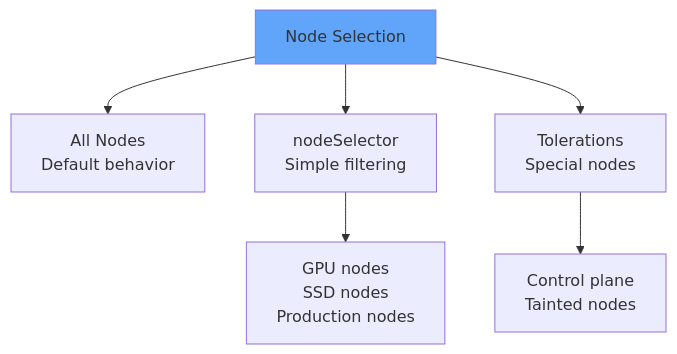
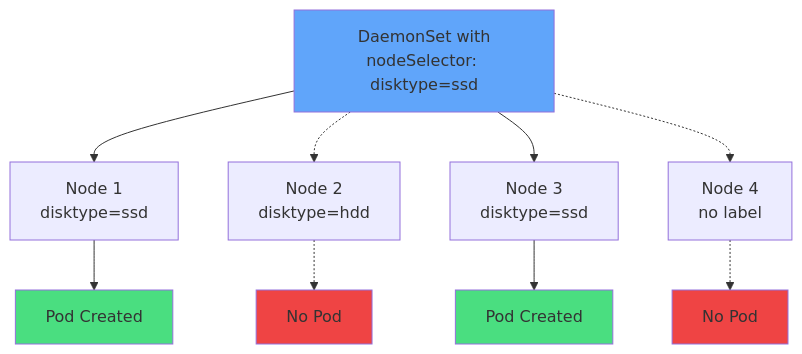
The seventh of 18 diagrams in slides/daemonsets/slides.md (courselabs/kubernetes), drawn with Mermaid before and after one commit. The commit also changed other lines of this file and 7 other files, not shown here.

````diff
--- a/slides/daemonsets/slides.md
+++ b/slides/daemonsets/slides.md
@@ -279,10 +313,20 @@
 ```mermaid
 graph TB
-    NS[Node Selection]
-    NS --> A1[All Nodes<br/>Default behavior]
-    NS --> A2[nodeSelector<br/>Simple filtering]
-    NS --> A3[Tolerations<br/>Special nodes]
-    A2 --> E1[GPU nodes<br/>SSD nodes<br/>Production nodes]
-    A3 --> E2[Control plane<br/>Tainted nodes]
-    style NS fill:#60a5fa
+    DS[DaemonSet with<br/>nodeSelector: disktype=ssd]
+
+    N1[Node 1<br/>disktype=ssd] --> P1[Pod Created]
+    N2[Node 2<br/>disktype=hdd] -.-> X1[No Pod]
+    N3[Node 3<br/>disktype=ssd] --> P3[Pod Created]
+    N4[Node 4<br/>no label] -.-> X4[No Pod]
+
+    DS --> N1
+    DS -.-> N2
+    DS --> N3
+    DS -.-> N4
+
+    style DS fill:#60a5fa
+    style P1 fill:#4ade80
+    style P3 fill:#4ade80
+    style X1 fill:#ef4444
+    style X4 fill:#ef4444
 ```
````
